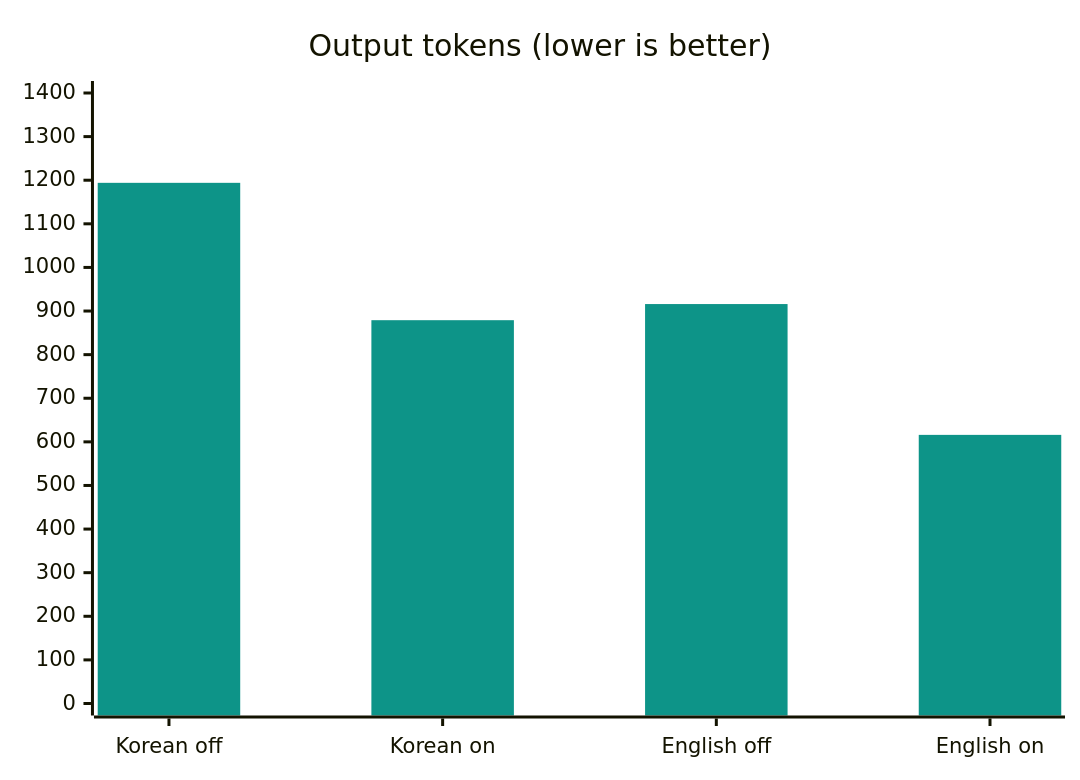
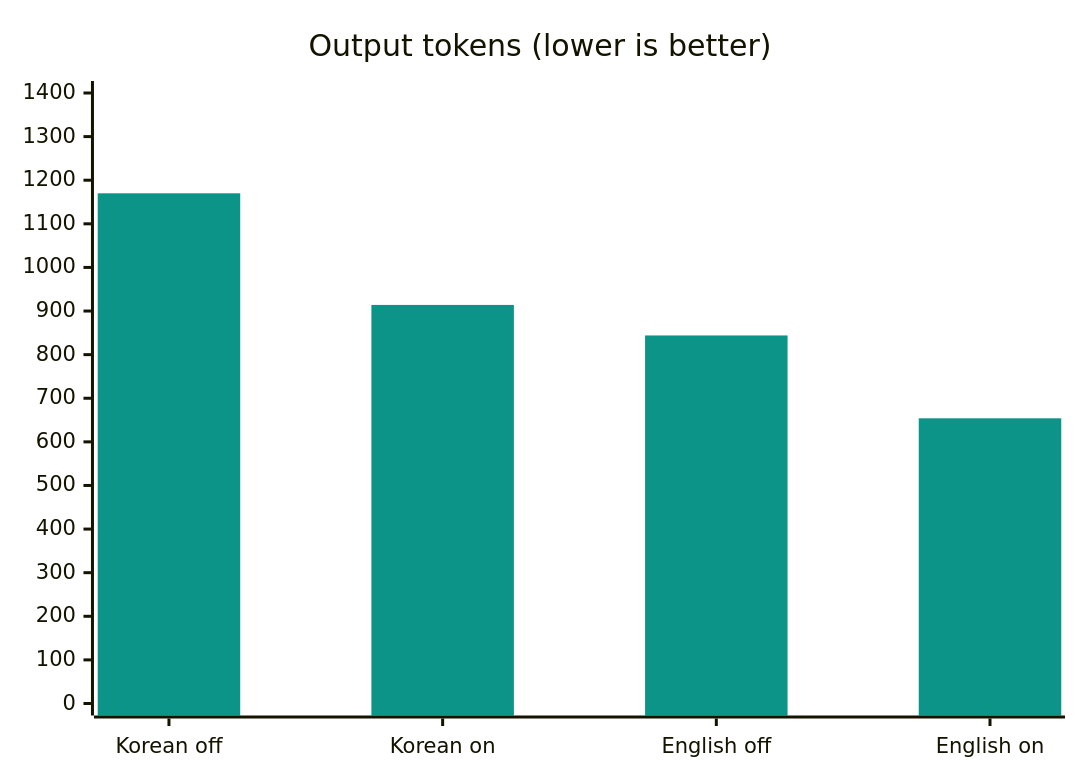
The first of 3 diagrams in README.md (evelynn/get-to-it), drawn with Mermaid before and after one commit. The commit also changed other lines of this file and 6 other files, not shown here.

````diff
--- a/README.md
+++ b/README.md
@@ -22,8 +22,8 @@
 ```mermaid
 %%{init: {"themeVariables": {"xyChart": {"plotColorPalette": "#0d9488"}}}}%%
 xychart-beta
     title "Output tokens (lower is better)"
     x-axis ["Korean off", "Korean on", "English off", "English on"]
     y-axis 0 --> 1400
-    bar [1194, 879, 916, 616]
+    bar [1170, 914, 844, 654]
 ```
````
